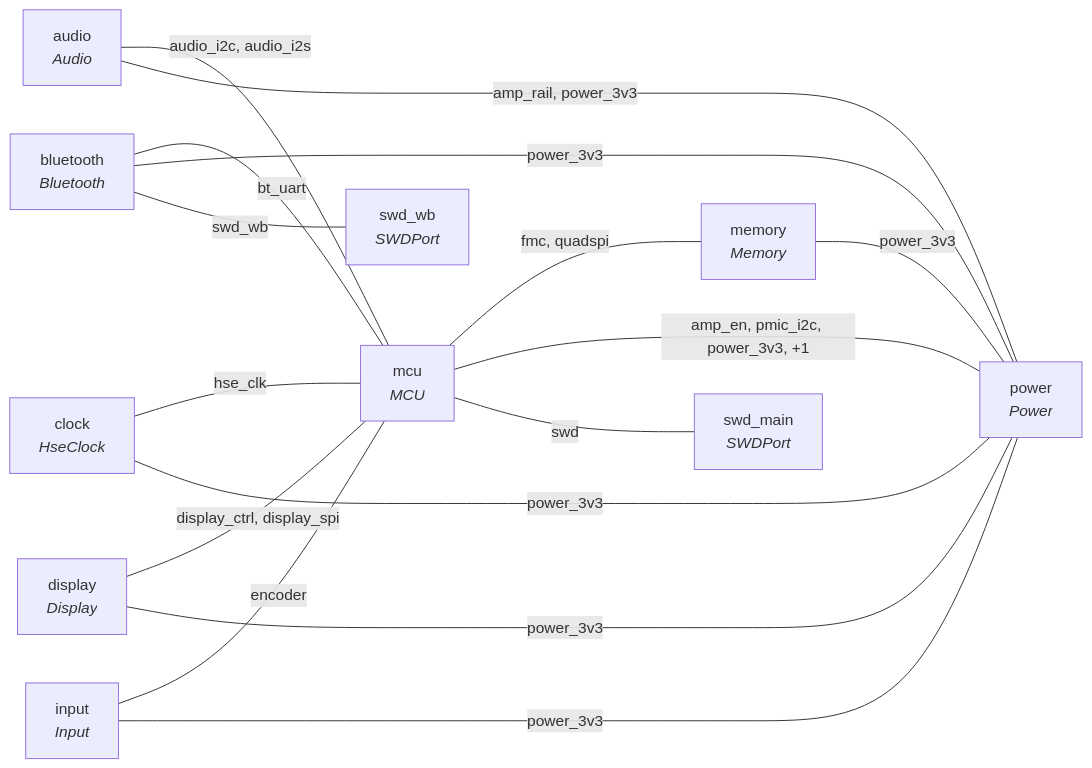
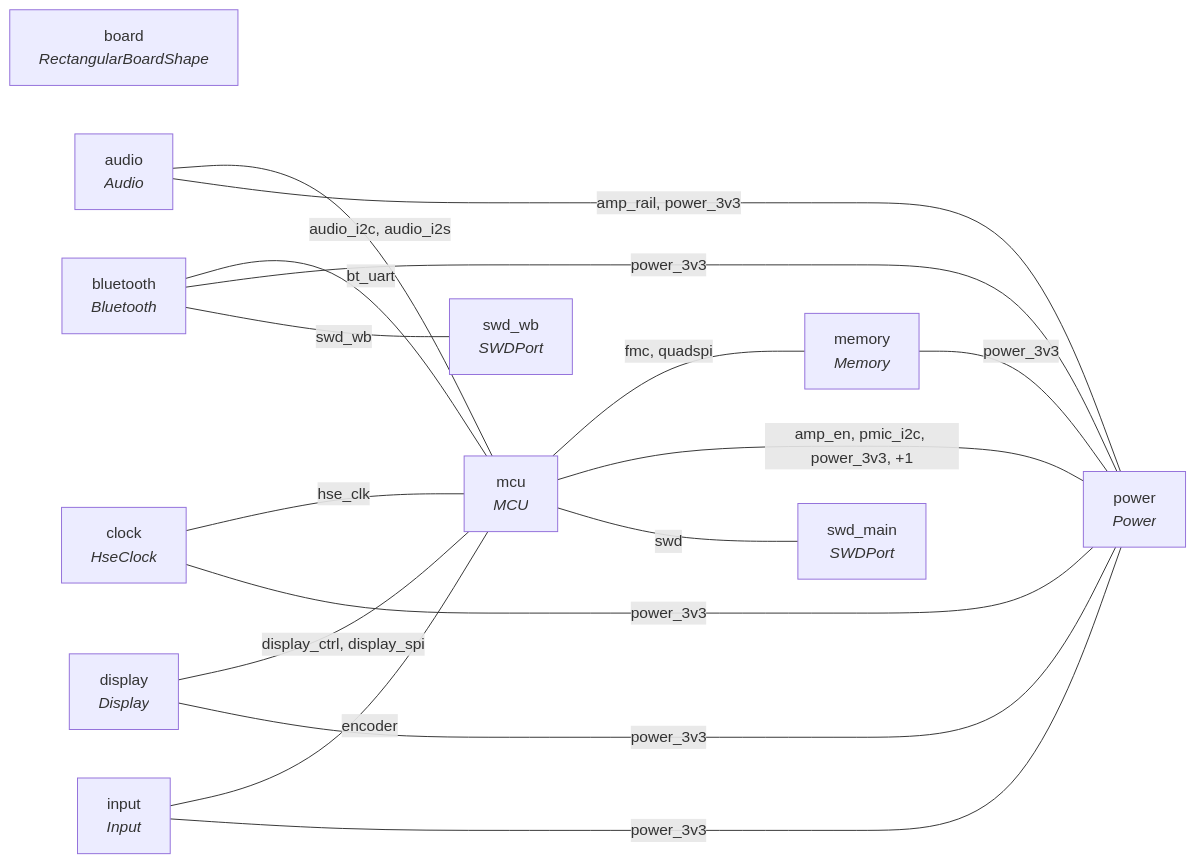
Before and after one commit to soulaudio/soul-listener: the first of 9 diagrams in hardware/elec/CIRCUIT.md, drawn with Mermaid. The commit also changed other lines of this file and 11 other files, not shown here.

````diff
--- a/hardware/elec/CIRCUIT.md
+++ b/hardware/elec/CIRCUIT.md
@@ -6,28 +6,29 @@
 ```mermaid
 flowchart LR
+  board["board<br/><i>RectangularBoardShape</i>"]
   mcu["mcu<br/><i>MCU</i>"]
   audio["audio<br/><i>Audio</i>"]
   power["power<br/><i>Power</i>"]
   display["display<br/><i>Display</i>"]
   bluetooth["bluetooth<br/><i>Bluetooth</i>"]
   memory["memory<br/><i>Memory</i>"]
   input["input<br/><i>Input</i>"]
   clock["clock<br/><i>HseClock</i>"]
   swd_main["swd_main<br/><i>SWDPort</i>"]
   swd_wb["swd_wb<br/><i>SWDPort</i>"]
   audio ---|audio_i2c, audio_i2s| mcu
   audio ---|amp_rail, power_3v3| power
   bluetooth ---|bt_uart| mcu
   bluetooth ---|power_3v3| power
   bluetooth ---|swd_wb| swd_wb
   clock ---|hse_clk| mcu
   clock ---|power_3v3| power
   display ---|display_ctrl, display_spi| mcu
   display ---|power_3v3| power
   input ---|encoder| mcu
   input ---|power_3v3| power
   mcu ---|fmc, quadspi| memory
   mcu ---|amp_en, pmic_i2c, power_3v3, +1| power
   mcu ---|swd| swd_main
   memory ---|power_3v3| power
 ```
````
